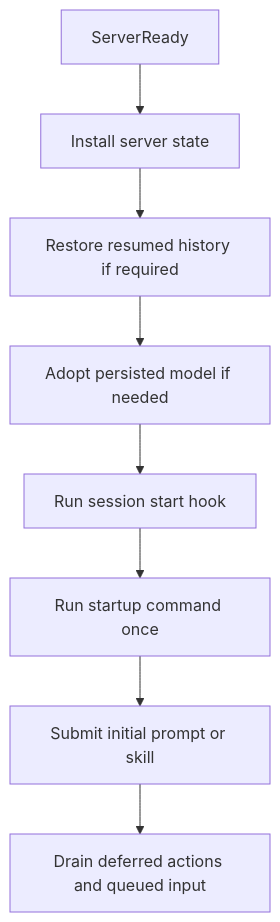
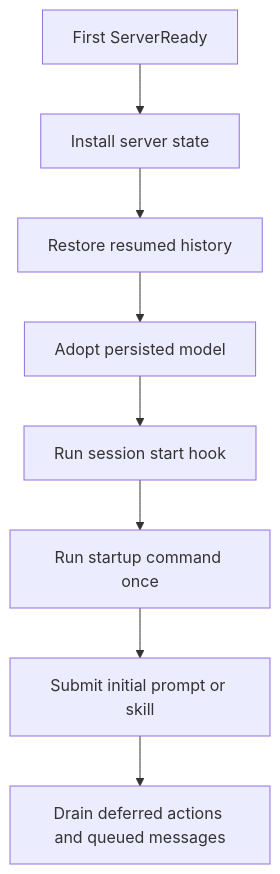
The third of 3 diagrams in openwiki/workflows/run-dcode-session.md (langchain-ai/deepagents), drawn with Mermaid before and after one commit. The commit also changed other lines of this file and 69 other files, not shown here.

````diff
--- a/openwiki/workflows/run-dcode-session.md
+++ b/openwiki/workflows/run-dcode-session.md
@@ -163,10 +147,10 @@
 ```mermaid
 flowchart TD
-    Ready["ServerReady"] --> State["Install server state"]
-    State --> History["Restore resumed history if required"]
-    History --> Model["Adopt persisted model if needed"]
+    Ready["First ServerReady"] --> Install["Install server state"]
+    Install --> Restore["Restore resumed history"]
+    Restore --> Model["Adopt persisted model"]
     Model --> Hook["Run session start hook"]
-    Hook --> Setup["Run startup command once"]
-    Setup --> Initial["Submit initial prompt or skill"]
-    Initial --> Drain["Drain deferred actions and queued input"]
+    Hook --> Command["Run startup command once"]
+    Command --> Initial["Submit initial prompt or skill"]
+    Initial --> Queue["Drain deferred actions and queued messages"]
 ```
````
